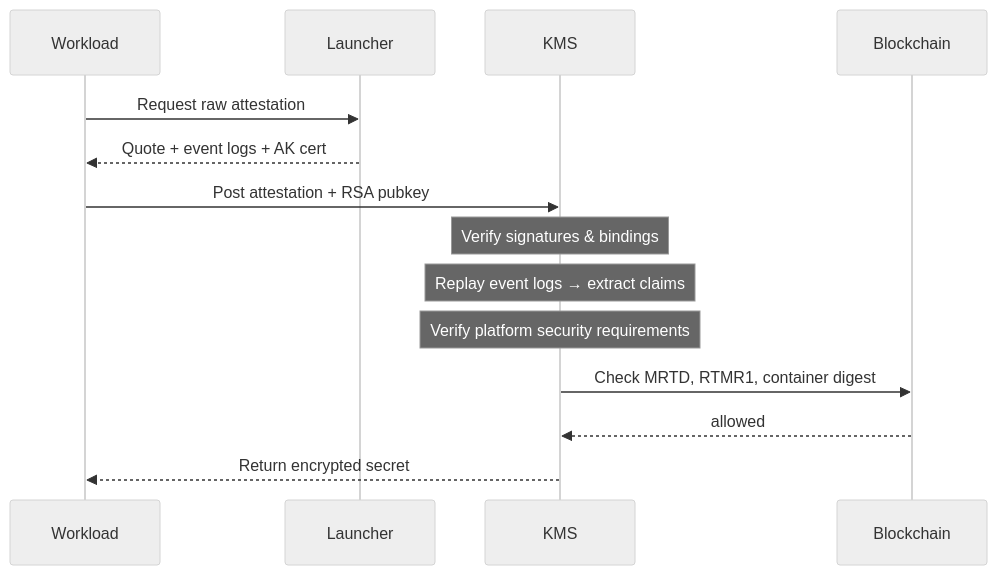
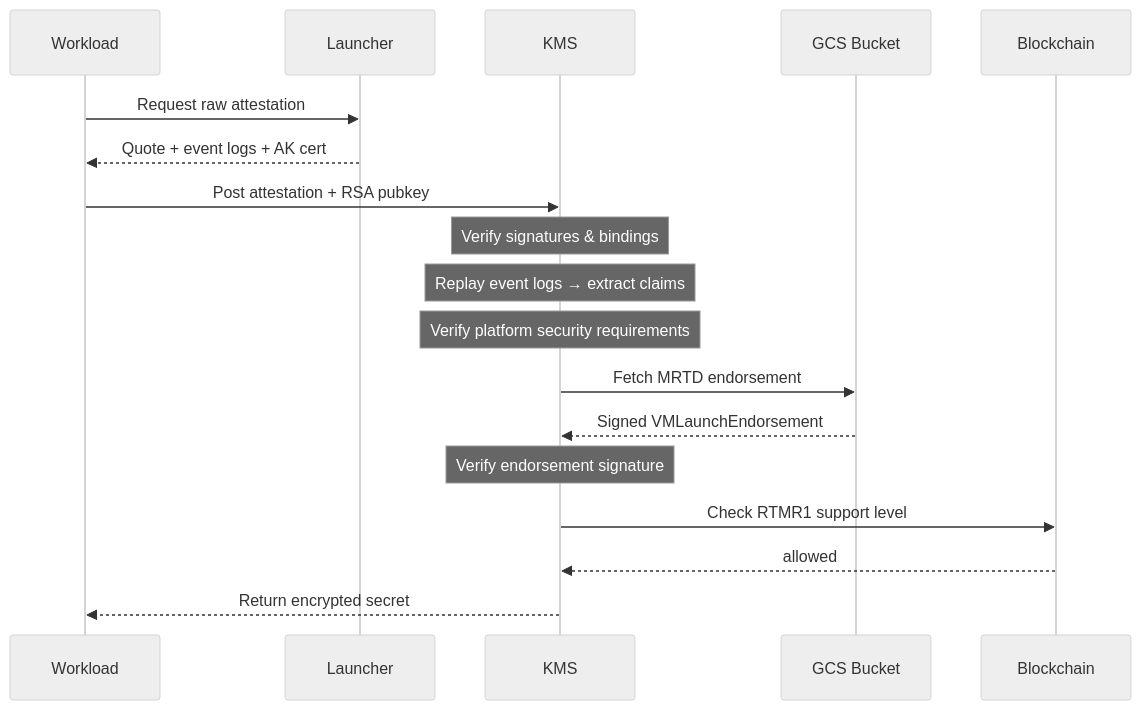
One commit to Layr-Labs/go-tpm-tools changed the diagram in research/README.md. Above: the diagram before and after it, drawn with Mermaid (neutral theme). The commit also changed other lines of this file and 9 other files, not shown here.

````diff
--- a/research/README.md
+++ b/research/README.md
@@ -76,20 +89,25 @@
 ```mermaid
 sequenceDiagram
     participant W as Workload
     participant L as Launcher
     participant K as KMS
+    participant G as GCS Bucket
     participant B as Blockchain
 
     W->>L: Request raw attestation
     L-->>W: Quote + event logs + AK cert
     W->>K: Post attestation + RSA pubkey
 
     Note over K: Verify signatures & bindings
     Note over K: Replay event logs → extract claims
     Note over K: Verify platform security requirements
 
-    K->>B: Check MRTD, RTMR1, container digest
+    K->>G: Fetch MRTD endorsement
+    G-->>K: Signed VMLaunchEndorsement
+    Note over K: Verify endorsement signature
+
+    K->>B: Check RTMR1 support level
     B-->>K: allowed
 
     K-->>W: Return encrypted secret
 ```
````
